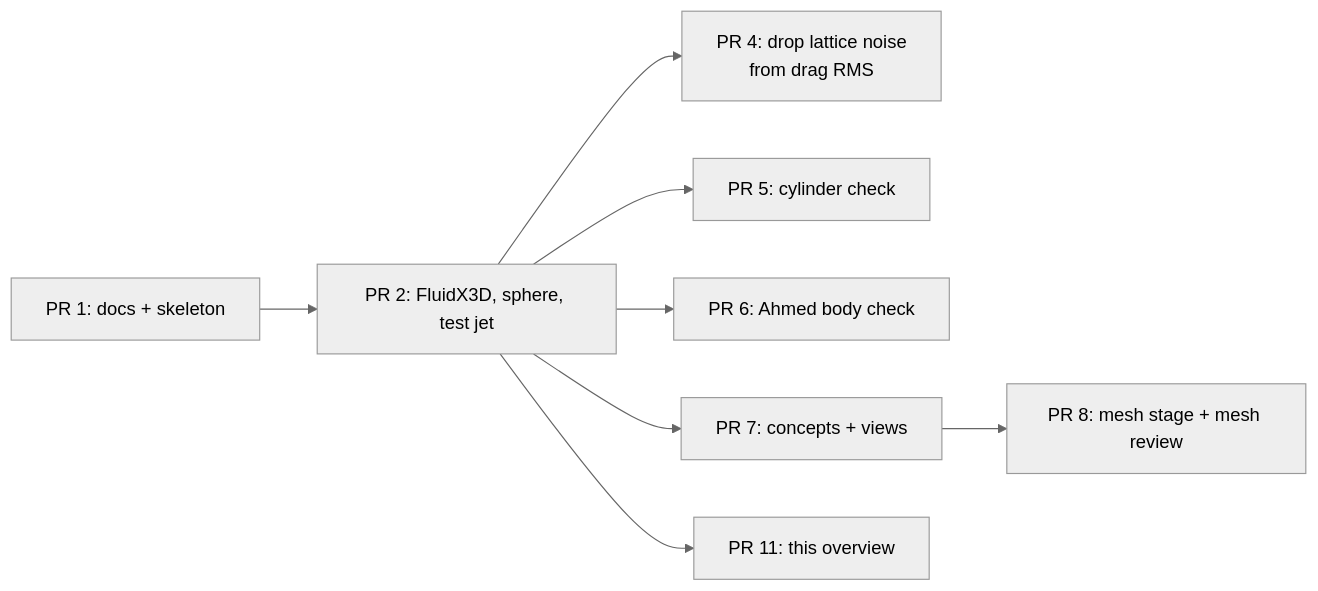
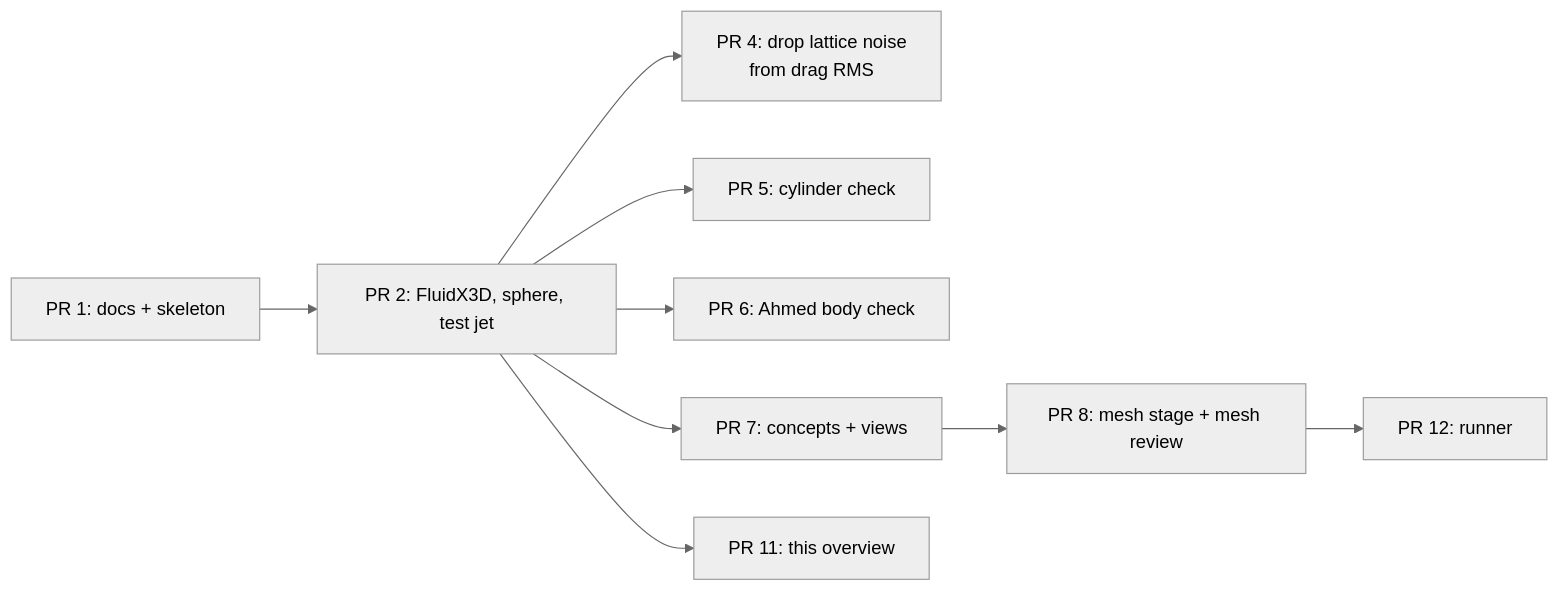
Before and after one commit to Hrrsmjd/flowarc: the fourth of 5 diagrams in docs/overview.md, drawn with Mermaid (neutral theme). The commit also changed other lines of this file, not shown here.

Commit message:
Overview: first full sample, runner PR

````diff
--- a/docs/overview.md
+++ b/docs/overview.md
@@ -96,10 +96,11 @@
 ```mermaid
 flowchart LR
     P1[PR 1: docs + skeleton] --> P2[PR 2: FluidX3D, sphere, test jet]
     P2 --> P4[PR 4: drop lattice noise<br/>from drag RMS]
     P2 --> P5[PR 5: cylinder check]
     P2 --> P6[PR 6: Ahmed body check]
     P2 --> P7[PR 7: concepts + views]
     P7 --> P8[PR 8: mesh stage + mesh review]
     P2 --> P11[PR 11: this overview]
+    P8 --> P12[PR 12: runner]
 ```
````
